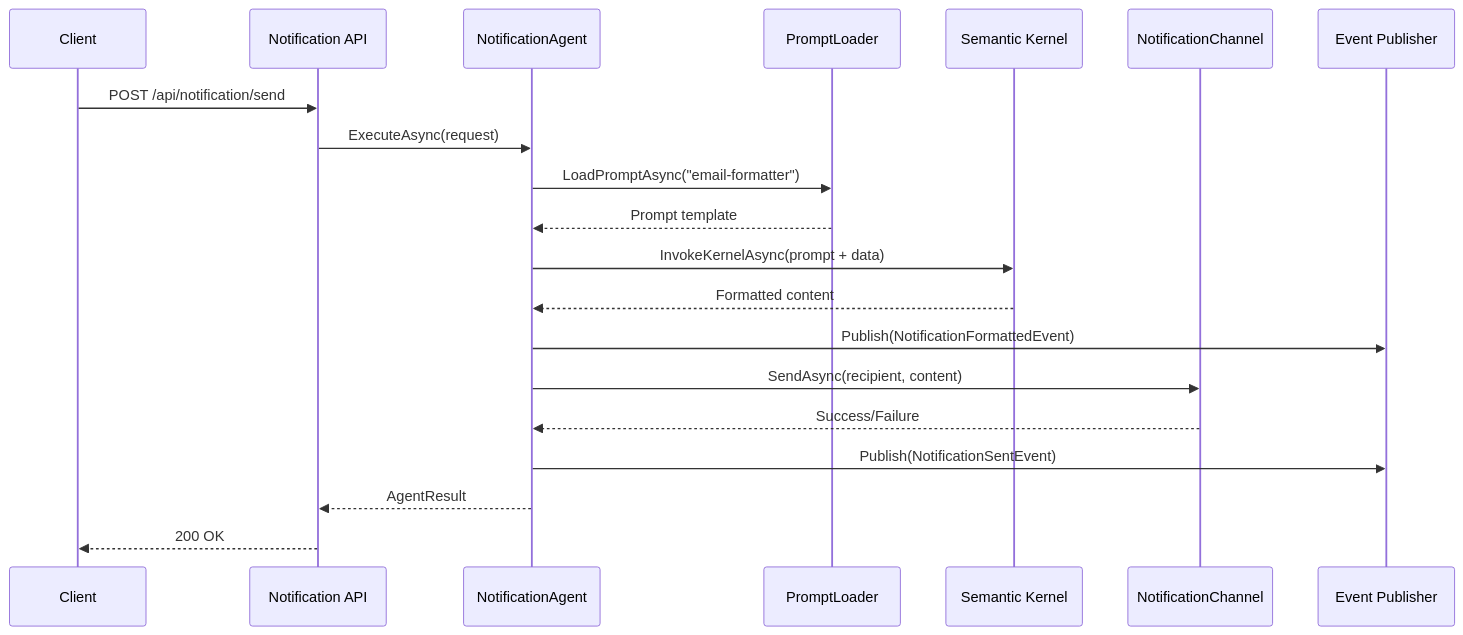
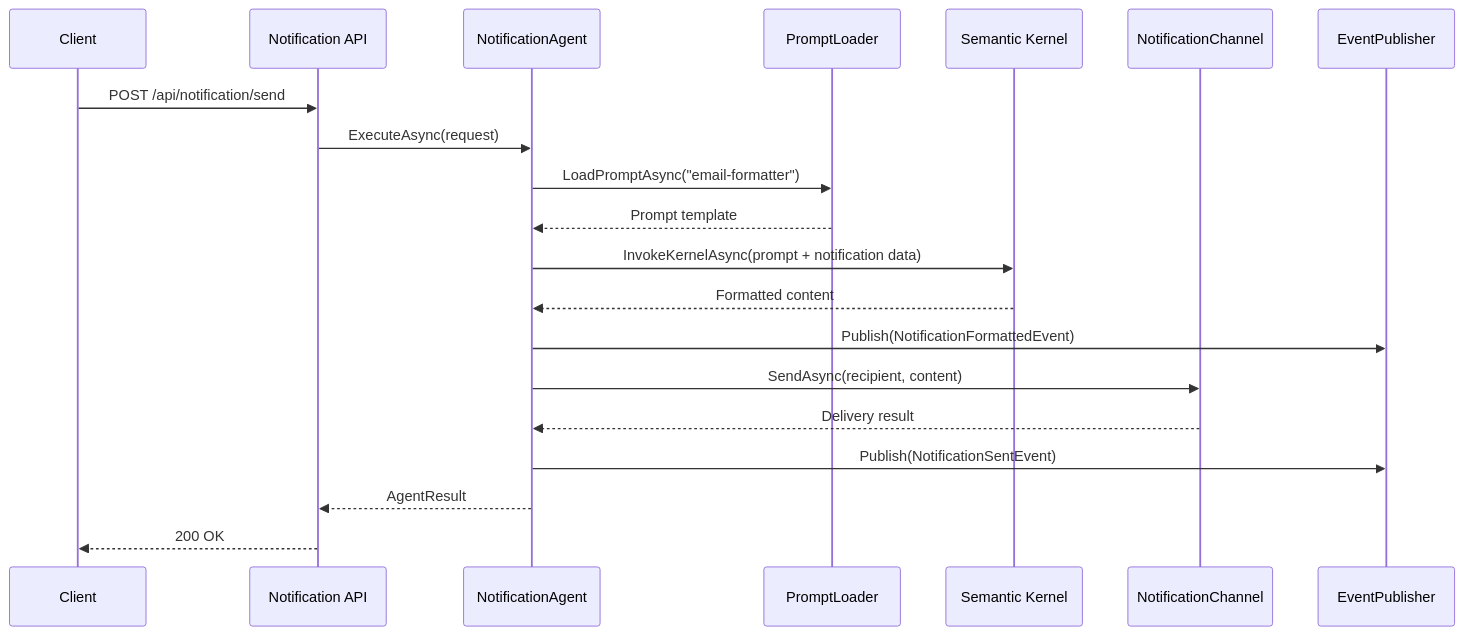
The fourth of 10 diagrams in README.md (Lukeus/my-agents), drawn with Mermaid before and after one commit. The commit also changed other lines of this file and 28 other files, not shown here.

````diff
--- a/README.md
+++ b/README.md
@@ -106,23 +323,23 @@
 ```mermaid
 sequenceDiagram
     participant Client
     participant API as Notification API
     participant Agent as NotificationAgent
     participant Prompt as PromptLoader
     participant LLM as Semantic Kernel
     participant Channel as NotificationChannel
-    participant Events as Event Publisher
+    participant Events as EventPublisher
     
     Client->>API: POST /api/notification/send
     API->>Agent: ExecuteAsync(request)
     Agent->>Prompt: LoadPromptAsync("email-formatter")
     Prompt-->>Agent: Prompt template
-    Agent->>LLM: InvokeKernelAsync(prompt + data)
+    Agent->>LLM: InvokeKernelAsync(prompt + notification data)
     LLM-->>Agent: Formatted content
     Agent->>Events: Publish(NotificationFormattedEvent)
     Agent->>Channel: SendAsync(recipient, content)
-    Channel-->>Agent: Success/Failure
+    Channel-->>Agent: Delivery result
     Agent->>Events: Publish(NotificationSentEvent)
     Agent-->>API: AgentResult
     API-->>Client: 200 OK
 ```
````
